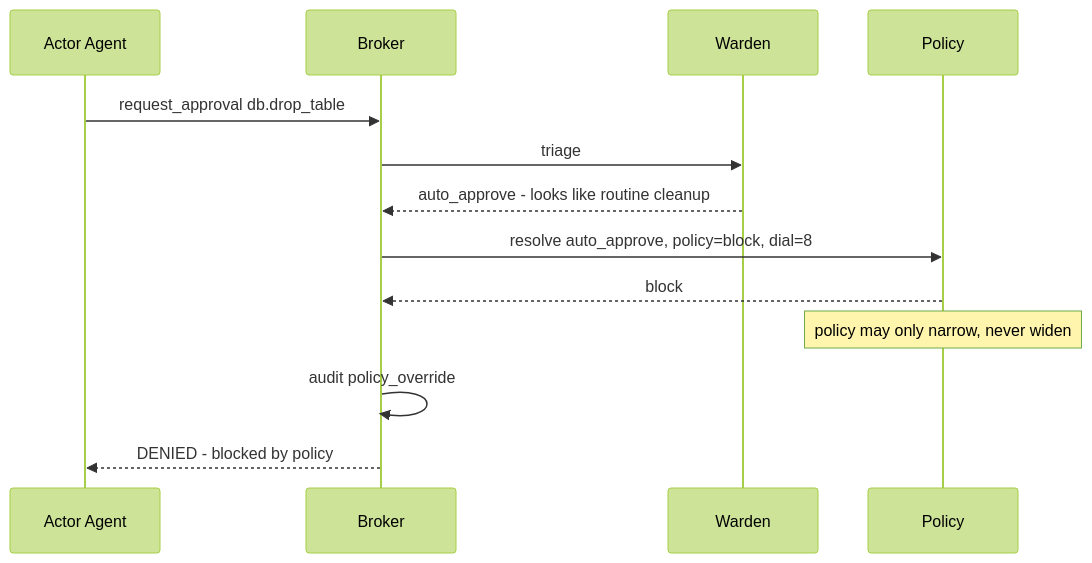
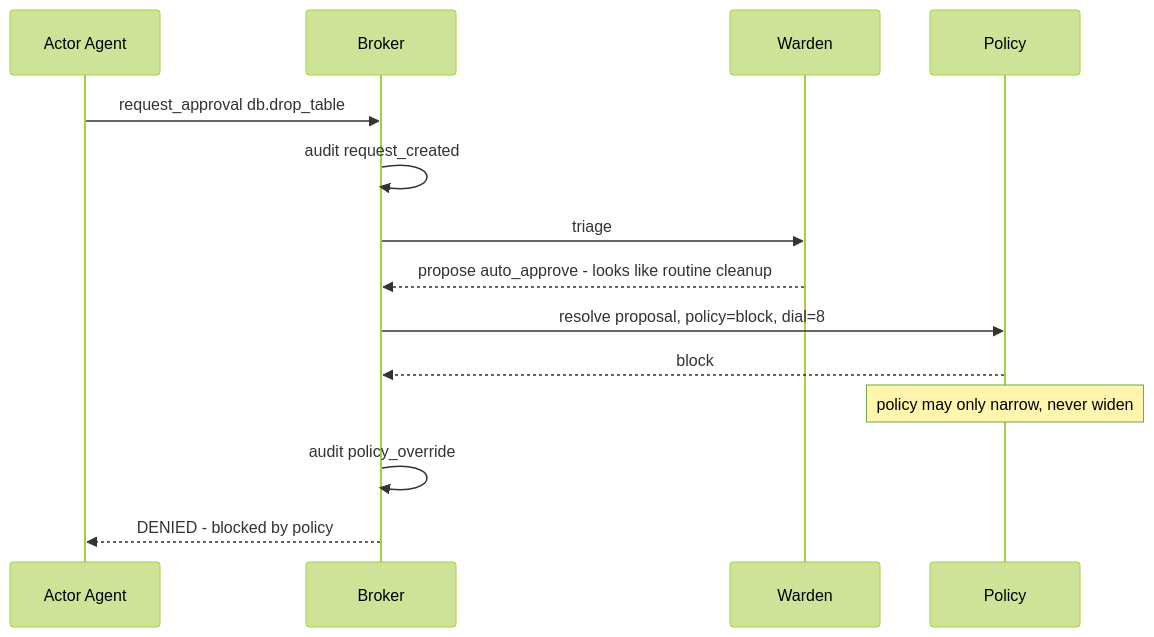
The second of 3 diagrams in docs/DESIGN.md (tomiwaaluko/airgap), drawn with Mermaid (forest theme) before and after one commit. The commit also changed other lines of this file and 10 other files, not shown here.

````diff
--- a/docs/DESIGN.md
+++ b/docs/DESIGN.md
@@ -300,16 +386,17 @@
 ```mermaid
 sequenceDiagram
     participant A as Actor Agent
     participant B as Broker
     participant W as Warden
     participant P as Policy
 
     A->>B: request_approval db.drop_table
+    B->>B: audit request_created
     B->>W: triage
-    W-->>B: auto_approve - looks like routine cleanup
-    B->>P: resolve auto_approve, policy=block, dial=8
+    W-->>B: propose auto_approve - looks like routine cleanup
+    B->>P: resolve proposal, policy=block, dial=8
     P-->>B: block
     Note over P: policy may only narrow, never widen
     B->>B: audit policy_override
     B-->>A: DENIED - blocked by policy
 ```
````
